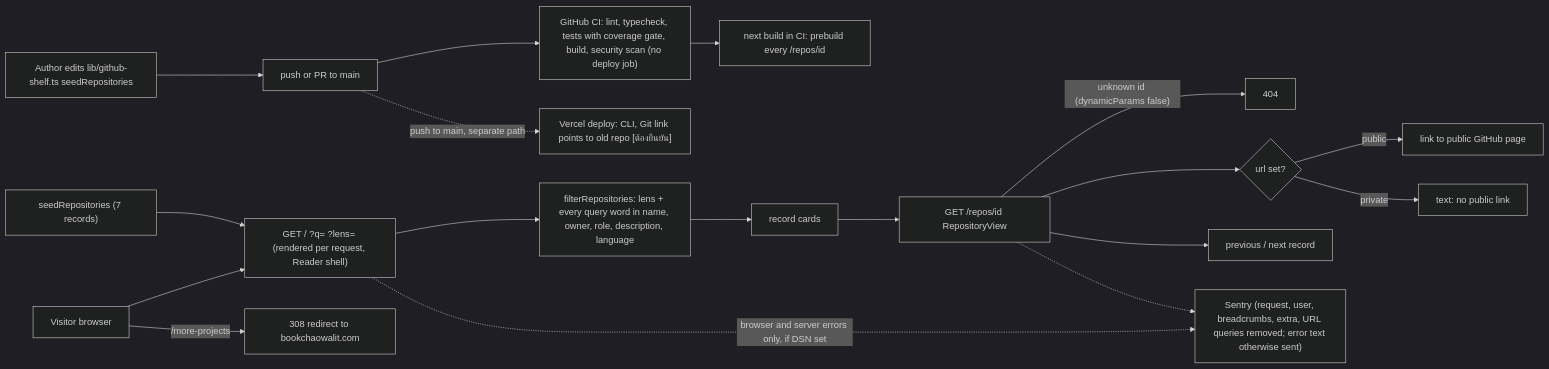
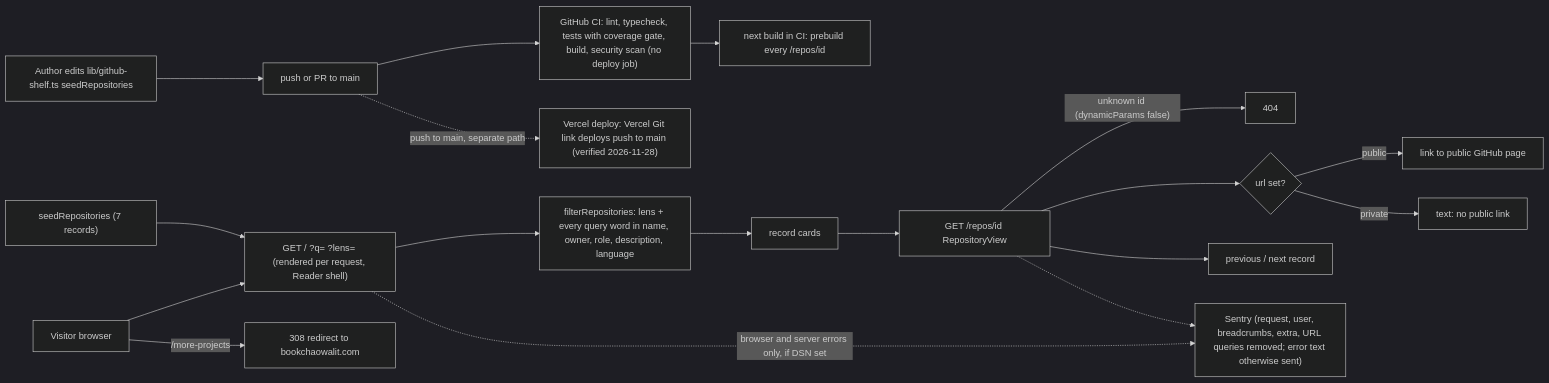
Before and after one commit to bookchaowalit-website/devtools-github-web: the first of 2 diagrams in docs/diagrams/01-business-process.md, drawn with Mermaid (dark theme). The commit also changed other lines of this file, not shown here.

Commit message:
docs: close Vercel Git link gap (D9), verified 2026-11-28

````diff
--- a/docs/diagrams/01-business-process.md
+++ b/docs/diagrams/01-business-process.md
@@ -9,20 +9,20 @@
 ```mermaid
 flowchart LR
   EDIT["Author edits lib/github-shelf.ts seedRepositories"] --> PR["push or PR to main"]
   PR --> CI["GitHub CI: lint, typecheck, tests with coverage gate, build, security scan (no deploy job)"]
-  PR -.->|"push to main, separate path"| VDEP["Vercel deploy: CLI, Git link points to old repo [ต้องยืนยัน]"]
+  PR -.->|"push to main, separate path"| VDEP["Vercel deploy: Vercel Git link deploys push to main (verified 2026-11-28)"]
   CI --> BUILD["next build in CI: prebuild every /repos/id"]
   V["Visitor browser"] --> SHELF["GET / ?q= ?lens= (rendered per request, Reader shell)"]
   SEED["seedRepositories (7 records)"] --> SHELF
   SHELF --> FILT["filterRepositories: lens + every query word in name, owner, role, description, language"]
   FILT --> CARD["record cards"]
   CARD --> REC["GET /repos/id RepositoryView"]
   REC -->|"unknown id (dynamicParams false)"| NF["404"]
   REC --> LINK{"url set?"}
   LINK -->|"public"| GH["link to public GitHub page"]
   LINK -->|"private"| NOLINK["text: no public link"]
   REC --> NAV["previous / next record"]
   V -->|"/more-projects"| REDIR["308 redirect to bookchaowalit.com"]
   SHELF -.->|"browser and server errors only, if DSN set"| SENTRY["Sentry (request, user, breadcrumbs, extra, URL queries removed; error text otherwise sent)"]
   REC -.-> SENTRY
 ```
````
